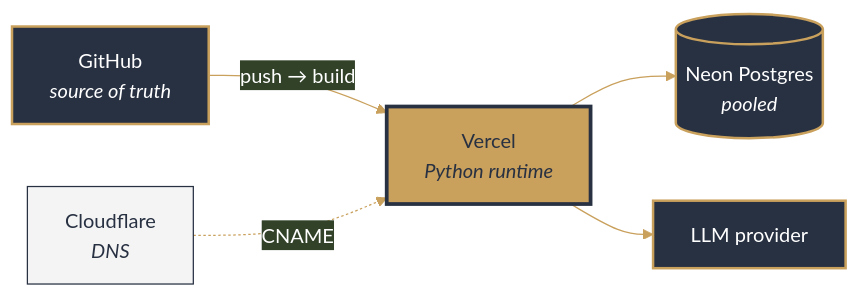
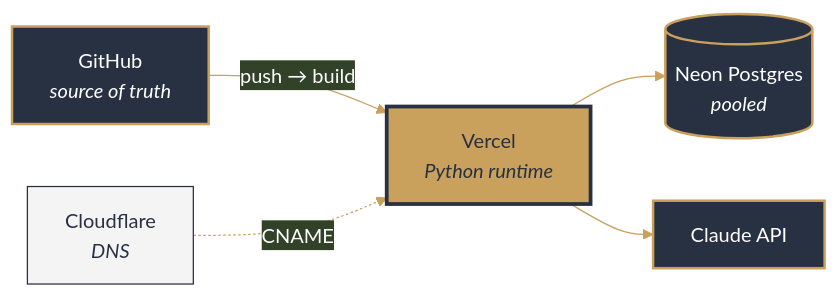
The fifth of 6 diagrams in README.md (SpeakPower-commits/claude-central-agent), drawn with Mermaid before and after one commit. The commit also changed other lines of this file, not shown here.

First line of the commit message:
docs: fix README logo path and retarget diagrams to Claude

````diff
--- a/README.md
+++ b/README.md
@@ -278,14 +279,14 @@
 ```mermaid
 %%{init: {'theme':'base','themeVariables':{'primaryColor':'#283142','primaryTextColor':'#ffffff','primaryBorderColor':'#C9A05C','lineColor':'#C9A05C','fontFamily':'ui-sans-serif, system-ui, sans-serif'}}}%%
 flowchart LR
     GH["GitHub<br/><i>source of truth</i>"] -->|"push → build"| V["Vercel<br/><i>Python runtime</i>"]
     CF["Cloudflare<br/><i>DNS</i>"] -.->|"CNAME"| V
     V --> NEON[("Neon Postgres<br/><i>pooled</i>")]
-    V --> OAI["LLM provider"]
+    V --> OAI["Claude API"]
 
     style GH fill:#283142,color:#fff,stroke:#C9A05C,stroke-width:2px
     style V fill:#C9A05C,color:#283142,stroke:#283142,stroke-width:3px
     style CF fill:#f4f4f5,color:#283142,stroke:#283142
     style NEON fill:#283142,color:#fff,stroke:#C9A05C,stroke-width:2px
     style OAI fill:#283142,color:#fff,stroke:#C9A05C,stroke-width:2px
 ```
````
